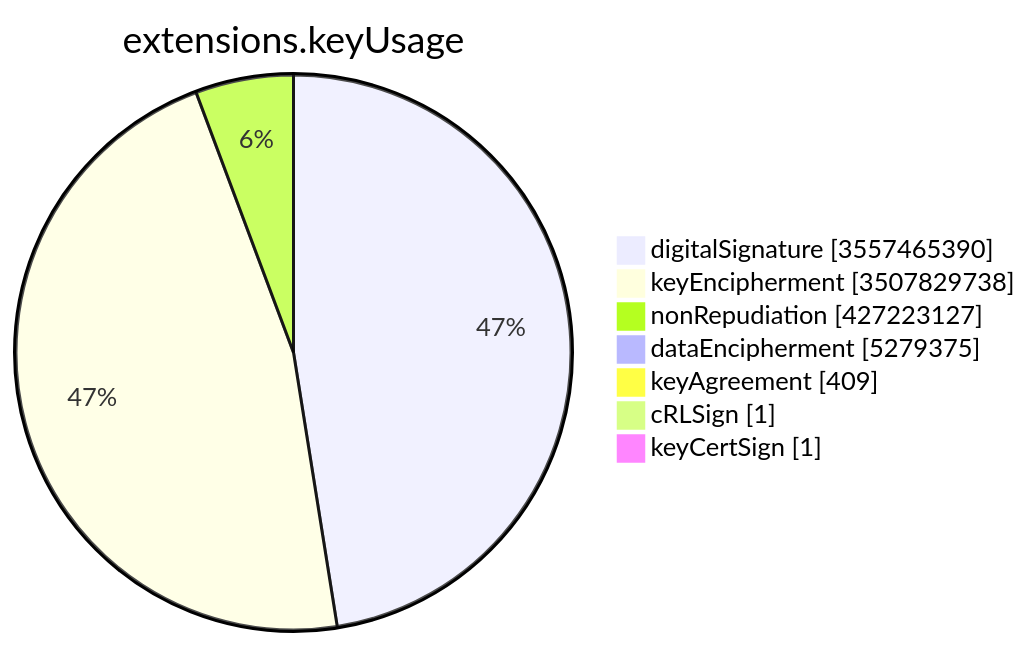
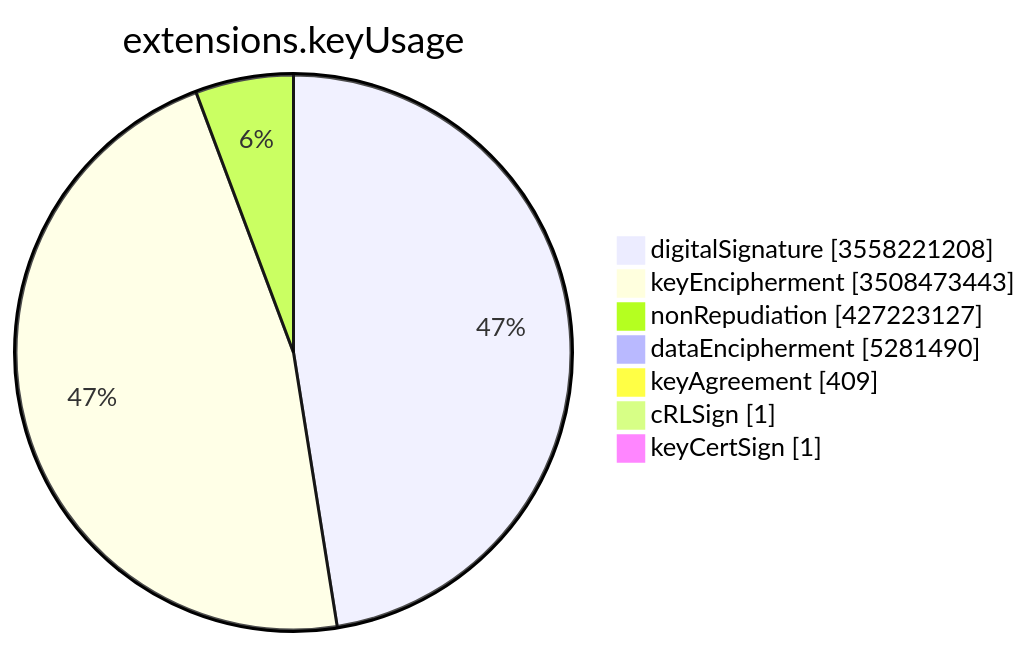
The sixth of 15 diagrams in TOTAL/README.md (christiankrug/ctmonitor_visualization), drawn with Mermaid before and after one commit. The commit also changed other lines of this file, not shown here.

````diff
--- a/TOTAL/README.md
+++ b/TOTAL/README.md
@@ -3083,11 +3083,11 @@
 ```mermaid
 pie showData
 title extensions.keyUsage
-"digitalSignature" :3557465390
-"keyEncipherment" :3507829738
+"digitalSignature" :3558221208
+"keyEncipherment" :3508473443
 "nonRepudiation" :427223127
-"dataEncipherment" :5279375
+"dataEncipherment" :5281490
 "keyAgreement" :409
 "cRLSign" :1
 "keyCertSign" :1
 ```
````
